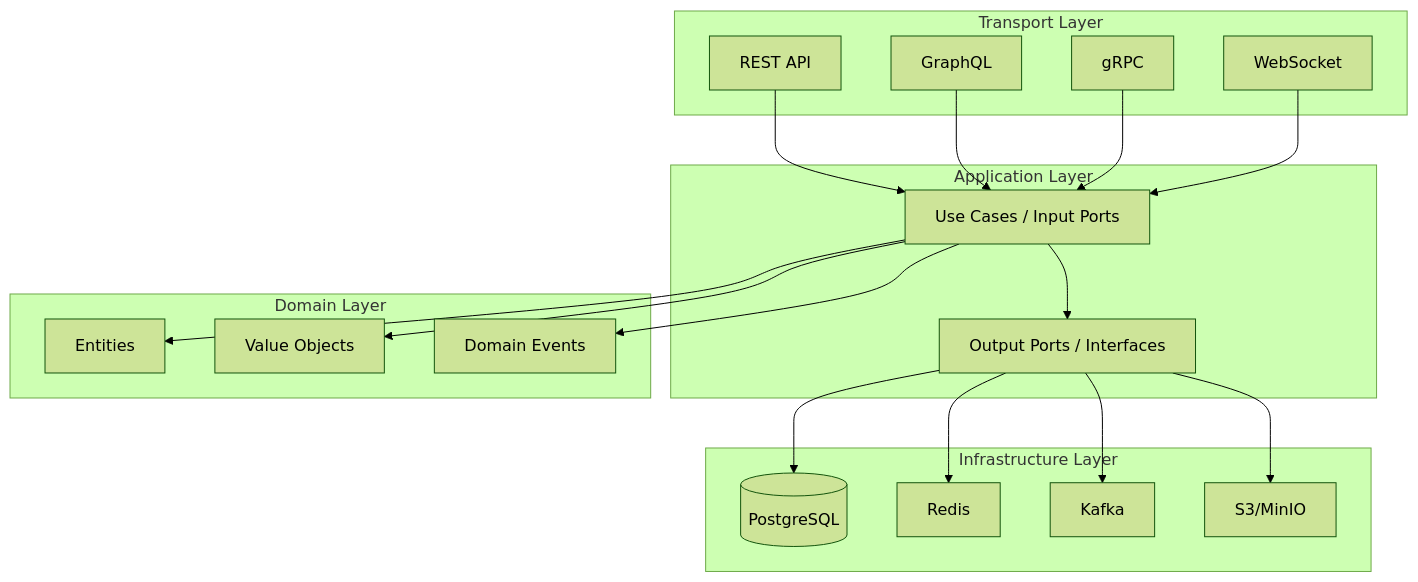
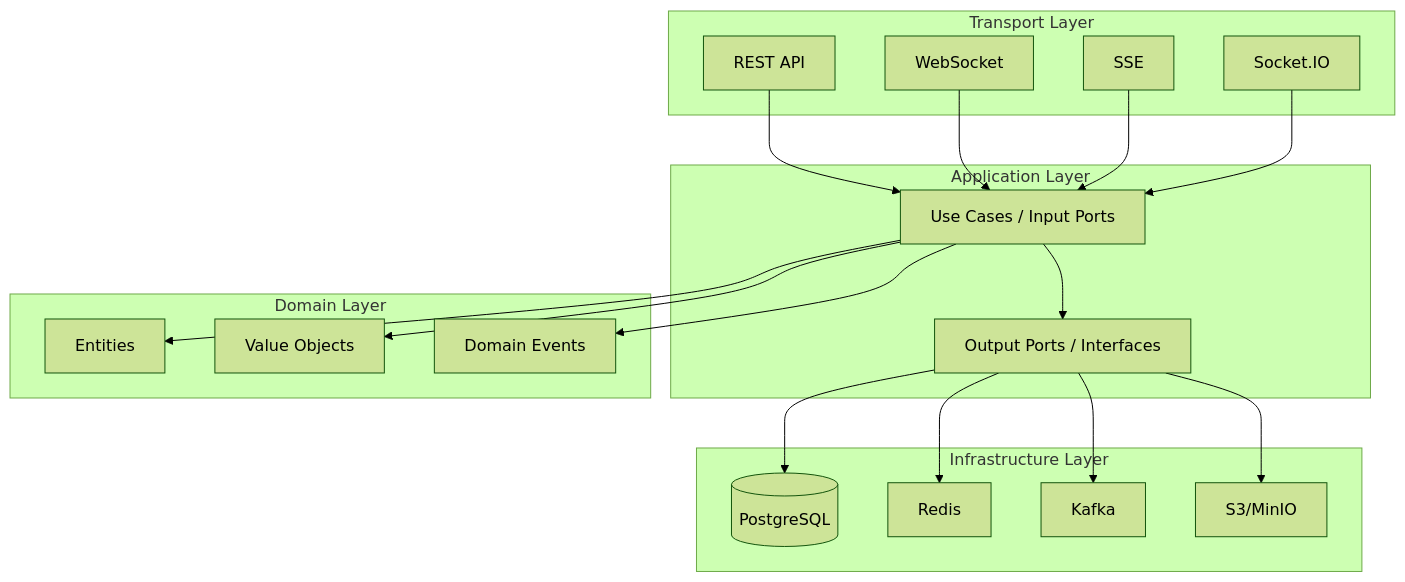
One commit to solipsism413/go-clean-arch-poc changed the first of 4 diagrams in README.md. Above: the diagram before and after it, drawn with Mermaid (forest theme). The commit also changed other lines of this file and 3 other files, not shown here.

````diff
--- a/README.md
+++ b/README.md
@@ -23,32 +31,32 @@
 ```mermaid
 graph TD
     subgraph Transport_Layer [Transport Layer]
         REST[REST API]
-        GraphQL[GraphQL]
-        gRPC[gRPC]
         WS[WebSocket]
+        SSE[SSE]
+        SIO[Socket.IO]
     end
 
     subgraph Application_Layer [Application Layer]
         UC[Use Cases / Input Ports]
         Ports[Output Ports / Interfaces]
     end
 
     subgraph Domain_Layer [Domain Layer]
         Entities[Entities]
         VO[Value Objects]
         Events[Domain Events]
     end
 
     subgraph Infrastructure_Layer [Infrastructure Layer]
         DB[(PostgreSQL)]
         Cache[Redis]
         Messaging[Kafka]
         Storage[S3/MinIO]
     end
 
-    REST & GraphQL & gRPC & WS --> UC
+    REST & WS & SSE & SIO --> UC
     UC --> Entities & VO & Events
     UC --> Ports
     Ports --> DB & Cache & Messaging & Storage
 ```
````
